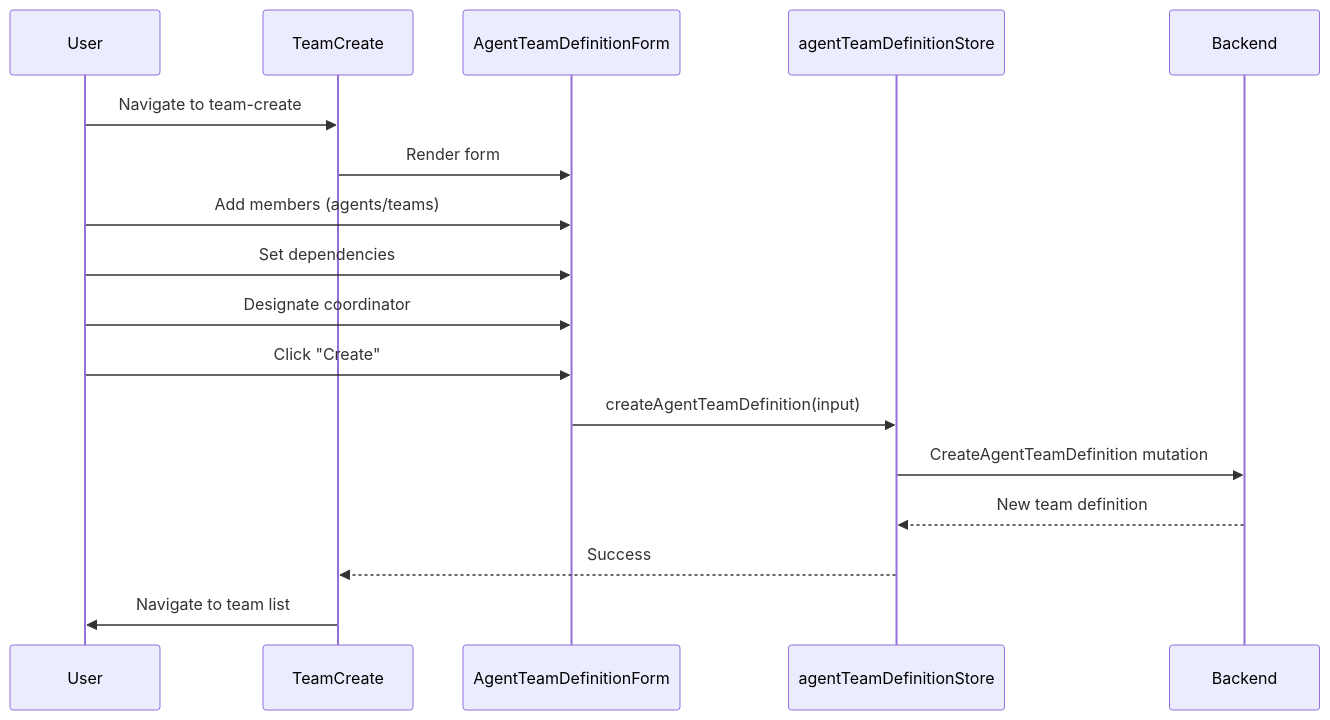
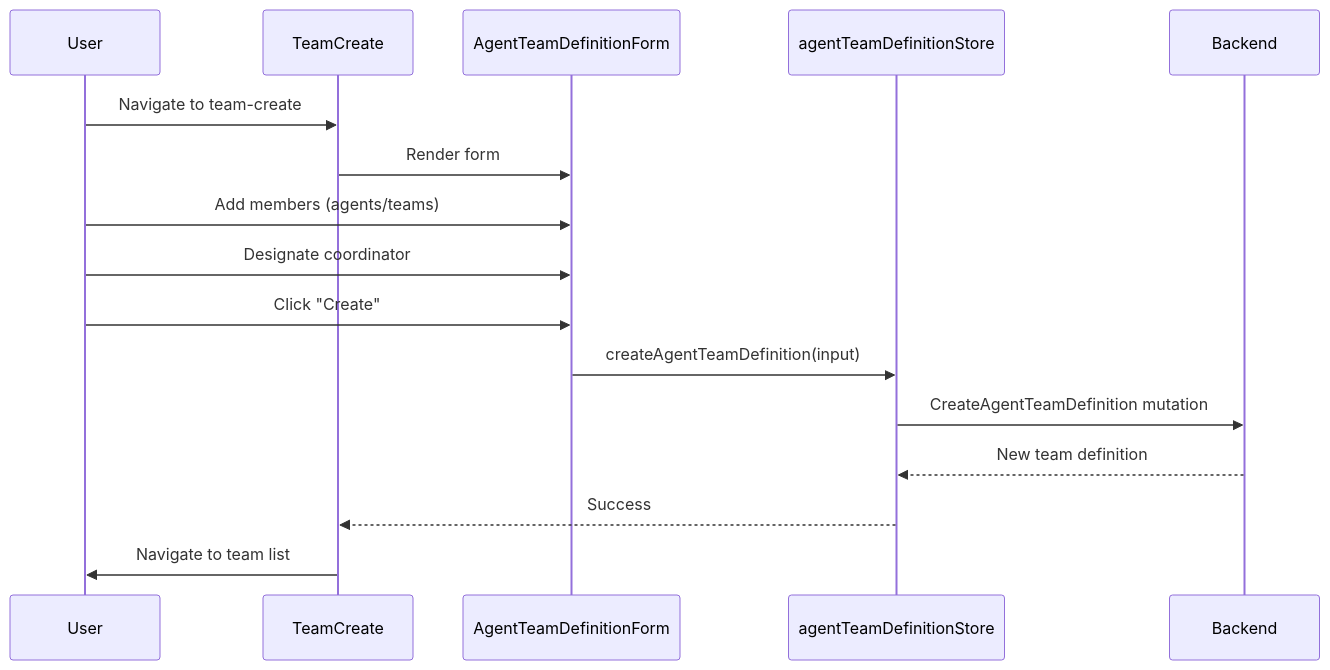
The second of 4 diagrams in docs/agent_teams.md (AutoByteus/autobyteus-web), drawn with Mermaid before and after one commit. The commit also changed other lines of this file and 13 other files, not shown here.

````diff
--- a/docs/agent_teams.md
+++ b/docs/agent_teams.md
@@ -256,20 +245,19 @@
 ```mermaid
 sequenceDiagram
     participant User
     participant TeamCreate
     participant Form as AgentTeamDefinitionForm
     participant Store as agentTeamDefinitionStore
     participant Backend
 
     User->>TeamCreate: Navigate to team-create
     TeamCreate->>Form: Render form
     User->>Form: Add members (agents/teams)
-    User->>Form: Set dependencies
     User->>Form: Designate coordinator
     User->>Form: Click "Create"
     Form->>Store: createAgentTeamDefinition(input)
     Store->>Backend: CreateAgentTeamDefinition mutation
     Backend-->>Store: New team definition
     Store-->>TeamCreate: Success
     TeamCreate->>User: Navigate to team list
 ```
````
